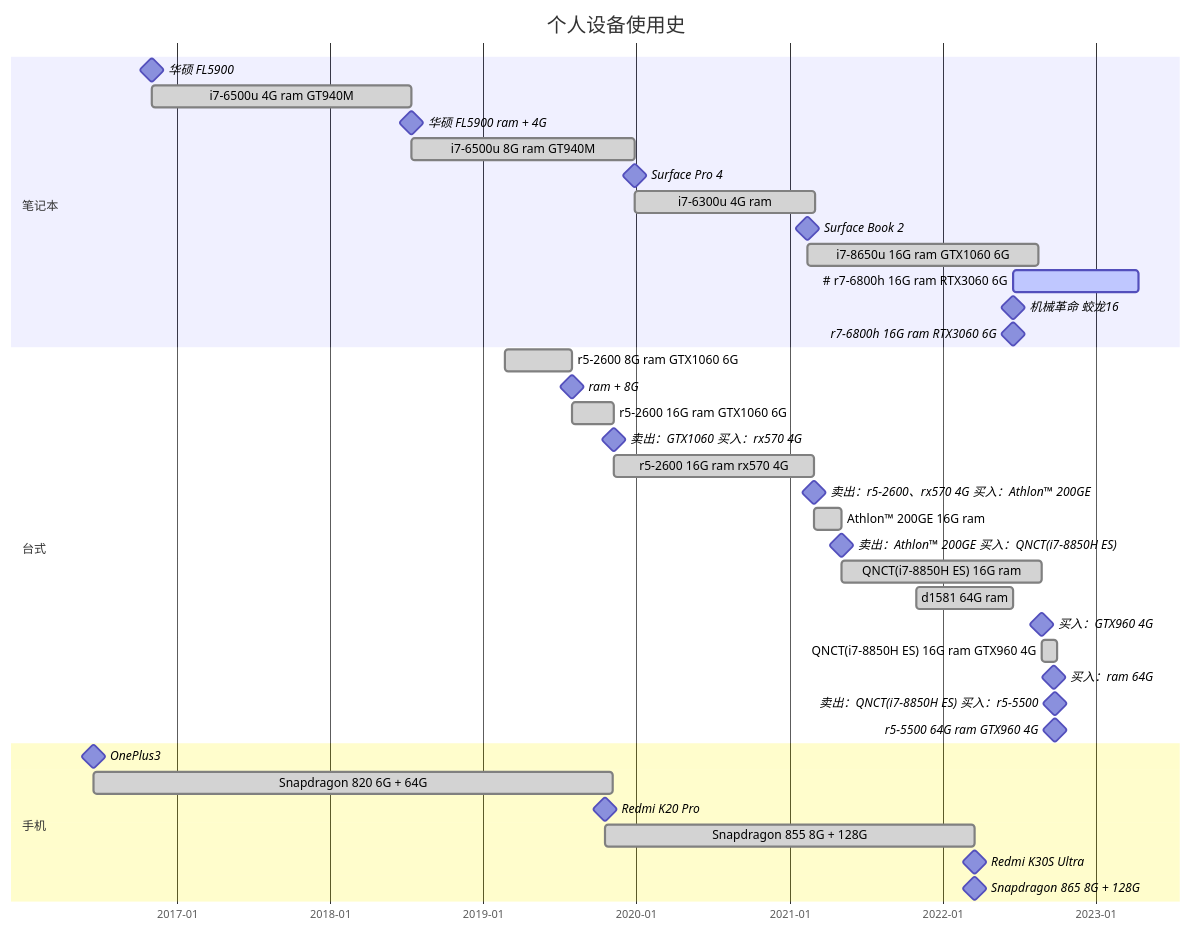
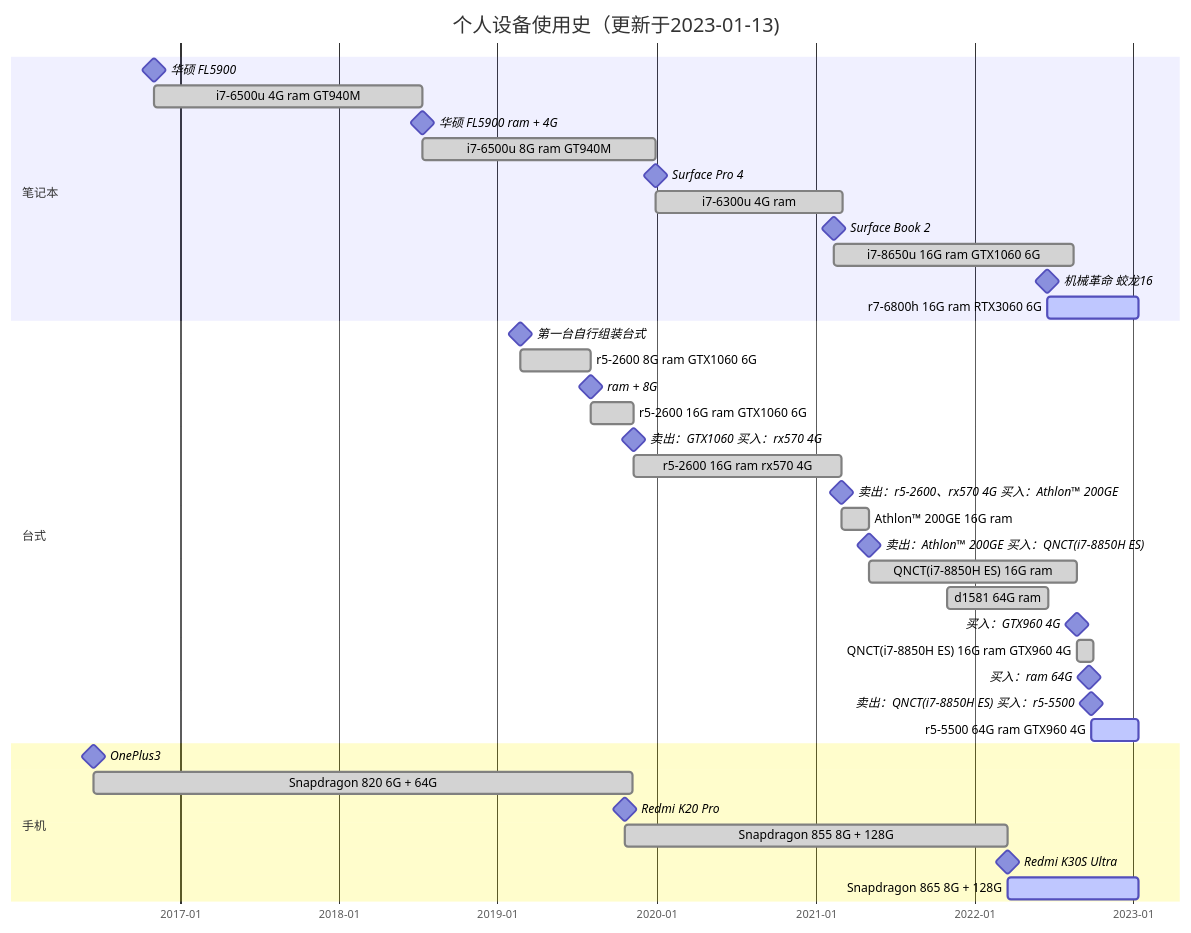
One commit to xuanyabulema/xuanyabulema.github.io changed the diagram in source/microchip/index.md. Above: the diagram before and after it, drawn with Mermaid.

````diff
--- a/source/microchip/index.md
+++ b/source/microchip/index.md
@@ -13,44 +13,44 @@
 ```mermaid
 gantt
-    title 个人设备使用史
+    title 个人设备使用史（更新于2023-01-13)
     dateFormat  YYYY-MM-DD
     axisFormat  %Y-%m
     
     section 笔记本
     华硕 FL5900                                 :milestone, 2016-11-03, 0d
     i7-6500u  4G ram GT940M                     :done, 2016-11-03, 2018-07-13
     华硕 FL5900  ram + 4G                        :milestone, 2018-07-13, 0d
     i7-6500u  8G ram GT940M                     :done, 2018-07-13, 2019-12-29
     Surface Pro 4                               :milestone, 2019-12-29, 0d
     i7-6300u  4G ram                            :done, 2019-12-29, 2021-03-03
     Surface Book 2                              :milestone, 2021-02-12, 0d
     i7-8650u  16G ram  GTX1060 6G               :done, 2021-02-12, 2022-08-18
-    # r7-6800h  16G ram  RTX3060 6G             :active, 2022-06-17, 300d
-    机械革命 蛟龙16      :milestone, 2022-06-17, 0d
-    r7-6800h  16G ram    RTX3060 6G             :milestone, 2022-06-17, 0d
+    机械革命 蛟龙16                               :milestone, 2022-06-17, 0d
+    r7-6800h  16G ram    RTX3060 6G             :active, 2022-06-17, 2023-01-13
     
     section 台式
+    第一台自行组装台式                             :milestone, 2019-02-22, 0d
     r5-2600 8G ram GTX1060 6G                   :done, 2019-02-22, 2019-08-02
     ram + 8G                                    :milestone, 2019-08-02, 0d
     r5-2600 16G ram GTX1060 6G                  :done, 2019-08-02, 2019-11-10
     卖出：GTX1060 买入：rx570 4G                  :milestone, 2019-11-10, 0d
     r5-2600 16G ram rx570 4G                    :done, 2019-11-10, 2021-03-01
     卖出：r5-2600、rx570 4G 买入：Athlon™ 200GE   :milestone, 2021-03-01, 0d
     Athlon™ 200GE 16G ram                       :done, 2021-03-01, 2021-05-04
     卖出：Athlon™ 200GE 买入：QNCT(i7-8850H ES)   :milestone, 2021-05-04, 0d
     QNCT(i7-8850H ES) 16G ram                   :done, 2021-05-04, 2022-08-25
     d1581 64G ram                               :done, 2021-10-29,2022-06-19
     买入：GTX960 4G                              :milestone, 2022-08-25, 0d
     QNCT(i7-8850H ES) 16G ram  GTX960 4G        :done, 2022-08-25, 2022-10-01
     买入：ram 64G                                :milestone, 2022-09-22, 0d
     卖出：QNCT(i7-8850H ES) 买入：r5-5500         :milestone, 2022-09-26, 0d
-    r5-5500 64G ram GTX960 4G                   :milestone, 2022-09-26, 0d
+    r5-5500 64G ram GTX960 4G                   :active, 2022-09-26, 2023-01-13
     
     section 手机
     OnePlus3                                    :milestone, 2016-06-16, 0d
     Snapdragon 820 6G + 64G                     :done, 2016-06-16, 2019-11-06
     Redmi K20 Pro                               :milestone, 2019-10-19, 0d
     Snapdragon 855  8G + 128G                   :done, 2019-10-19, 2022-03-18
     Redmi K30S Ultra                            :milestone, 2022-03-18, 0d
-    Snapdragon 865  8G + 128G                   :milestone, 2022-03-18, 0d
+    Snapdragon 865  8G + 128G                   :active, 2022-03-18, 2023-01-13
 ```
````
